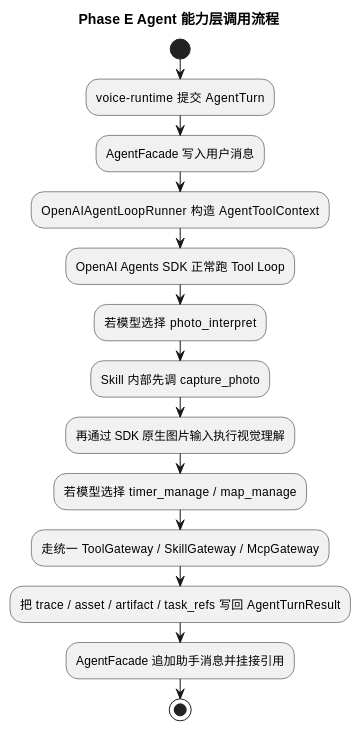
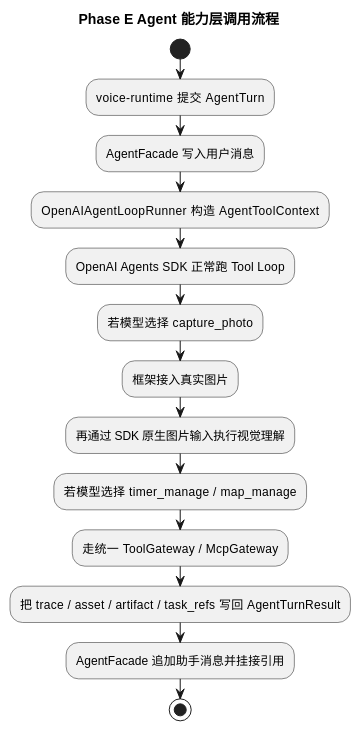
Before and after one commit to HengeLiu/RealtimeAgent: the first of 2 diagrams in doc/plan/PhaseE-能力层骨架实施文档.md, drawn with PlantUML. The commit also changed other lines of this file and 31 other files, not shown here.

````diff
--- a/doc/plan/PhaseE-能力层骨架实施文档.md
+++ b/doc/plan/PhaseE-能力层骨架实施文档.md
@@ -183,20 +178,20 @@
 ```plantuml
 @startuml
 title Phase E Agent 能力层调用流程
 
 start
 :voice-runtime 提交 AgentTurn;
 :AgentFacade 写入用户消息;
 :OpenAIAgentLoopRunner 构造 AgentToolContext;
 :OpenAI Agents SDK 正常跑 Tool Loop;
-:若模型选择 photo_interpret;
-:Skill 内部先调 capture_photo;
+:若模型选择 capture_photo;
+:框架接入真实图片;
 :再通过 SDK 原生图片输入执行视觉理解;
 :若模型选择 timer_manage / map_manage;
-:走统一 ToolGateway / SkillGateway / McpGateway;
+:走统一 ToolGateway / McpGateway;
 
 :把 trace / asset / artifact / task_refs 写回 AgentTurnResult;
 :AgentFacade 追加助手消息并挂接引用;
 stop
 @enduml
 ```
````
